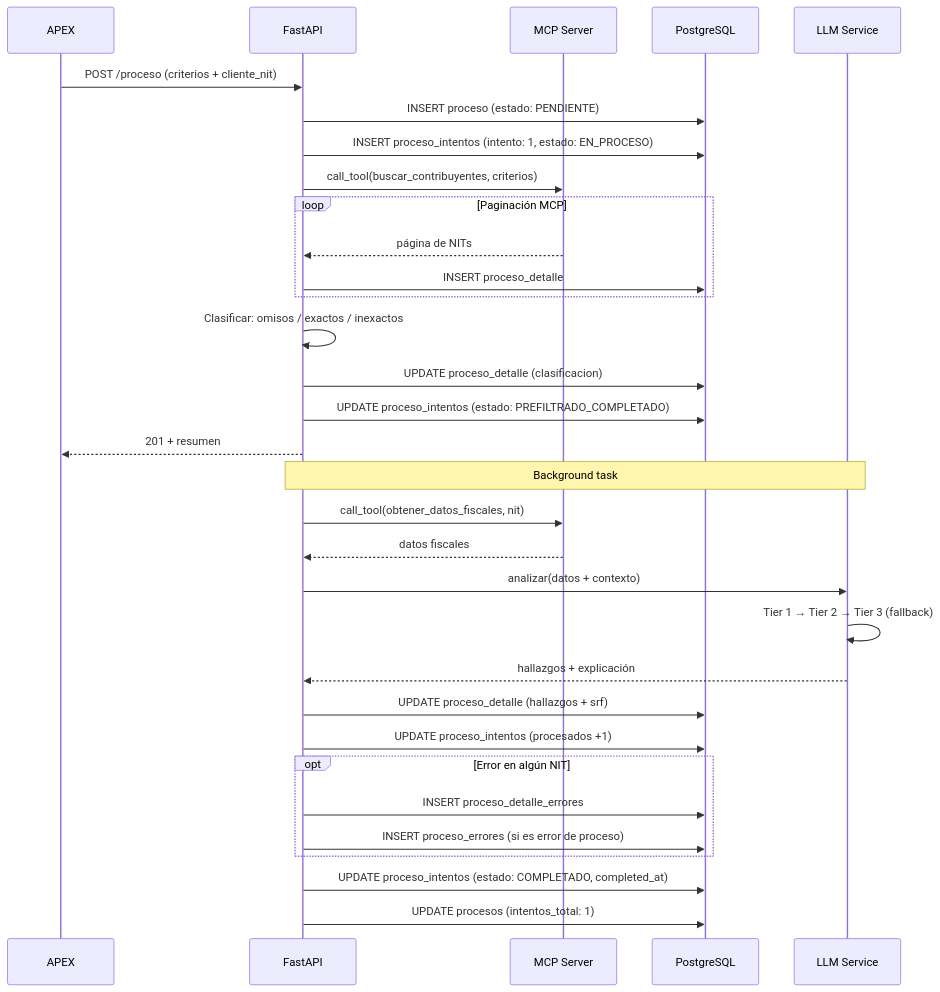
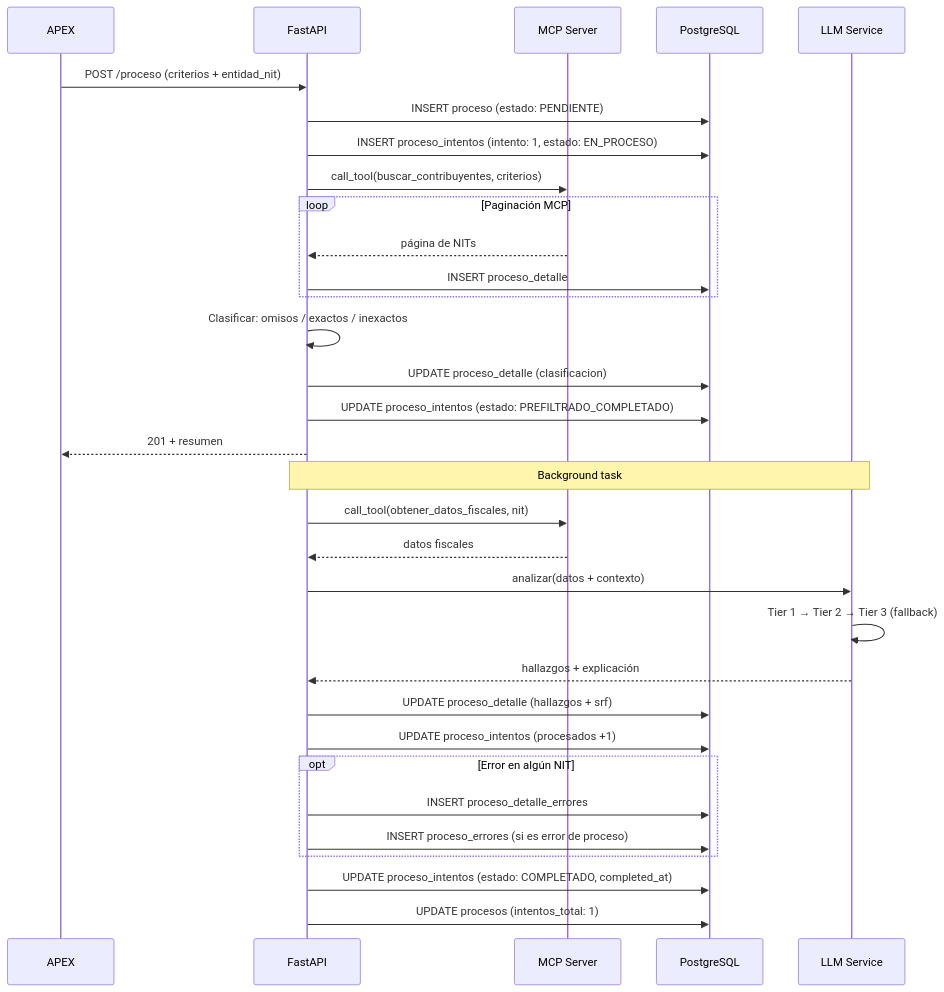
Before and after one commit to InforTributos/fiscalia-ia: the first of 3 diagrams in docs/04-api-endpoints.md, drawn with Mermaid. The commit also changed other lines of this file and 90 other files, not shown here.

````diff
--- a/docs/04-api-endpoints.md
+++ b/docs/04-api-endpoints.md
@@ -69,35 +69,35 @@
 ```mermaid
 sequenceDiagram
     participant APEX
     participant API as FastAPI
     participant MCP as MCP Server
     participant PG as PostgreSQL
     participant LLM as LLM Service
 
-    APEX->>API: POST /proceso (criterios + cliente_nit)
+    APEX->>API: POST /proceso (criterios + entidad_nit)
     API->>PG: INSERT proceso (estado: PENDIENTE)
     API->>PG: INSERT proceso_intentos (intento: 1, estado: EN_PROCESO)
     API->>MCP: call_tool(buscar_contribuyentes, criterios)
     loop Paginación MCP
         MCP-->>API: página de NITs
         API->>PG: INSERT proceso_detalle
     end
     API->>API: Clasificar: omisos / exactos / inexactos
     API->>PG: UPDATE proceso_detalle (clasificacion)
     API->>PG: UPDATE proceso_intentos (estado: PREFILTRADO_COMPLETADO)
     API-->>APEX: 201 + resumen
     Note over API,LLM: Background task
     API->>MCP: call_tool(obtener_datos_fiscales, nit)
     MCP-->>API: datos fiscales
     API->>LLM: analizar(datos + contexto)
     LLM->>LLM: Tier 1 → Tier 2 → Tier 3 (fallback)
     LLM-->>API: hallazgos + explicación
     API->>PG: UPDATE proceso_detalle (hallazgos + srf)
     API->>PG: UPDATE proceso_intentos (procesados +1)
     opt Error en algún NIT
         API->>PG: INSERT proceso_detalle_errores
         API->>PG: INSERT proceso_errores (si es error de proceso)
     end
     API->>PG: UPDATE proceso_intentos (estado: COMPLETADO, completed_at)
     API->>PG: UPDATE procesos (intentos_total: 1)
 ```
````
